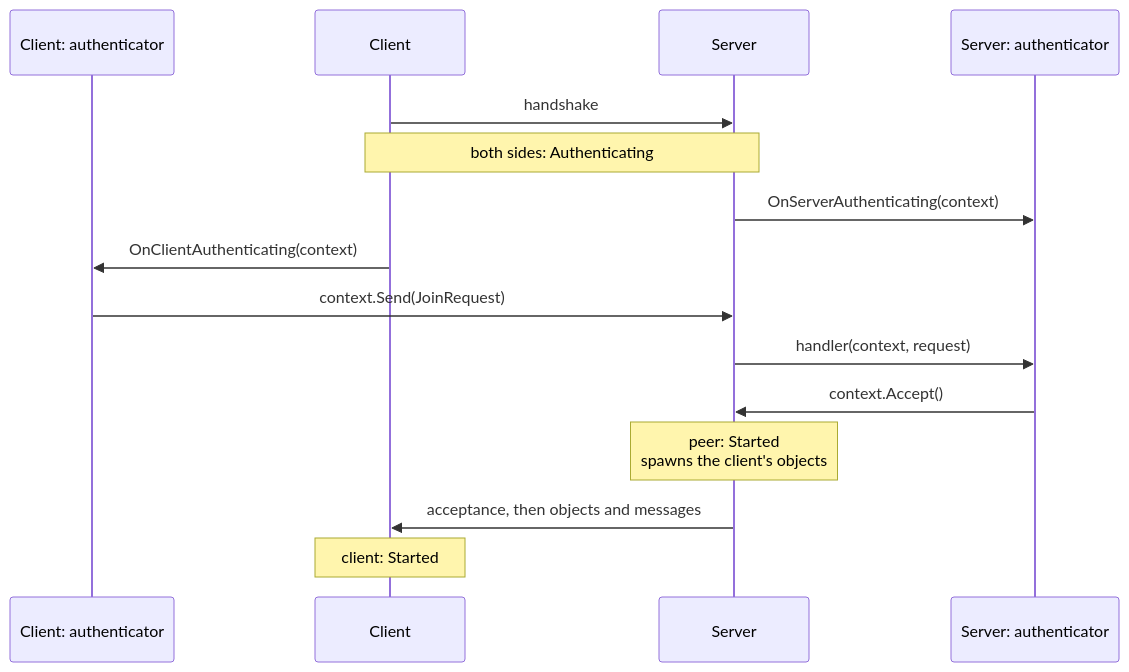
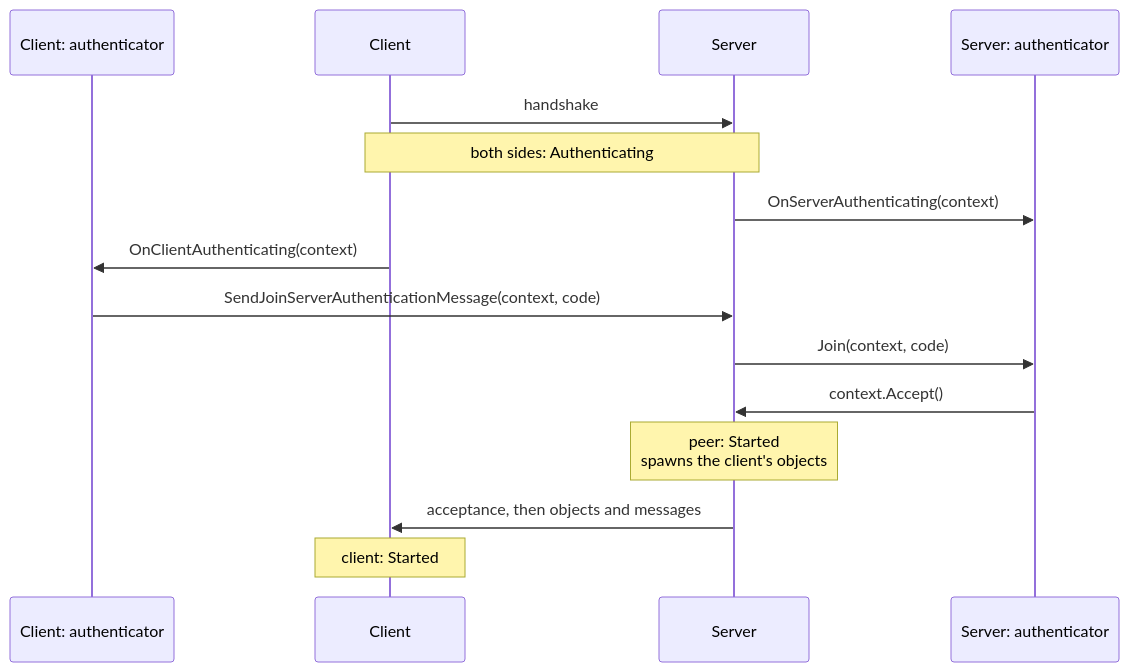
Before and after one commit to fomoxa/unity-docs: the diagram in connections/authentication.md, drawn with Mermaid. The commit also changed other lines of this file and 11 other files, not shown here.

````diff
--- a/connections/authentication.md
+++ b/connections/authentication.md
@@ -11,17 +11,17 @@
 ```mermaid
 sequenceDiagram
     participant Auth as Client: authenticator
     participant Client as Client
     participant Server as Server
     participant SAuth as Server: authenticator
     Client->>Server: handshake
     Note over Client,Server: both sides: Authenticating
     Server->>SAuth: OnServerAuthenticating(context)
     Client->>Auth: OnClientAuthenticating(context)
-    Auth->>Server: context.Send(JoinRequest)
-    Server->>SAuth: handler(context, request)
+    Auth->>Server: SendJoinServerAuthenticationMessage(context, code)
+    Server->>SAuth: Join(context, code)
     SAuth->>Server: context.Accept()
     Note over Server: peer: Started<br/>spawns the client's objects
     Server->>Client: acceptance, then objects and messages
     Note over Client: client: Started
 ```
````
